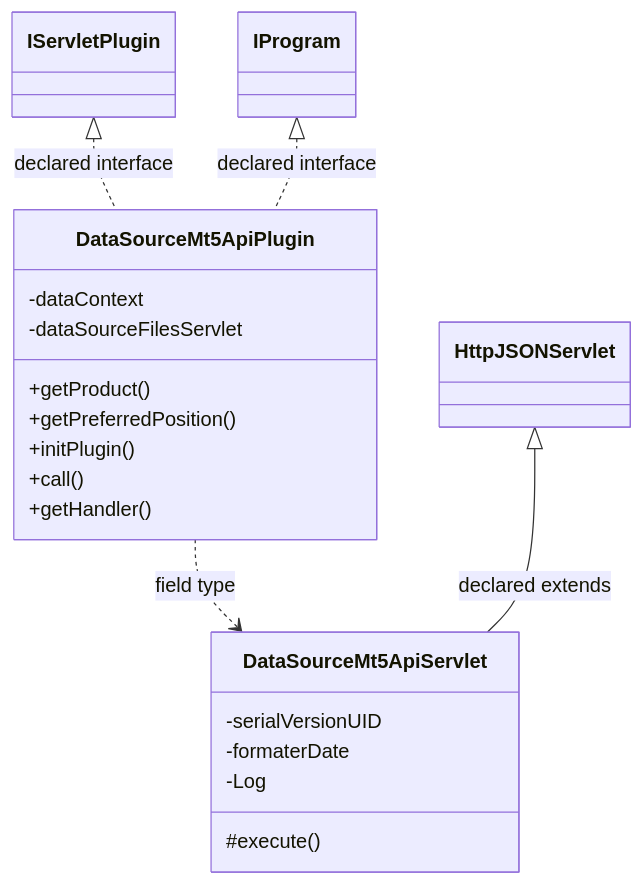
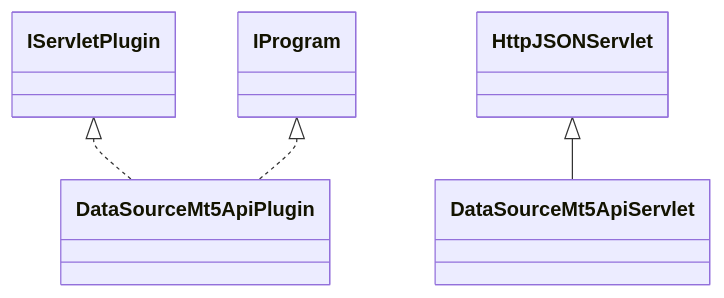
One commit to haruperi/HaruQuantAI changed the diagram in docs/sqx/DataManager/DataSourceMt5Api.md. Above: the diagram before and after it, drawn with Mermaid. The commit also changed other lines of this file and 1688 other files, not shown here.

````diff
--- a/docs/sqx/DataManager/DataSourceMt5Api.md
+++ b/docs/sqx/DataManager/DataSourceMt5Api.md
@@ -30,25 +26,11 @@
 ```mermaid
 classDiagram
-    class C972c8f4bae50["DataSourceMt5ApiPlugin"] {
-        -dataContext
-        -dataSourceFilesServlet
-        +getProduct()
-        +getPreferredPosition()
-        +initPlugin()
-        +call()
-        +getHandler()
-    }
-    class Cd6cb5a818ec8["DataSourceMt5ApiServlet"] {
-        -serialVersionUID
-        -formaterDate
-        -Log
-        #execute()
-    }
-    class C1b6b4448b67b["IProgram"]
-    class C249b5c671b1a["IServletPlugin"]
-    class C8900f90ae594["HttpJSONServlet"]
-    C249b5c671b1a <|.. C972c8f4bae50 : declared interface
-    C1b6b4448b67b <|.. C972c8f4bae50 : declared interface
-    C972c8f4bae50 ..> Cd6cb5a818ec8 : field type
-    C8900f90ae594 <|-- Cd6cb5a818ec8 : declared extends
+    class C0["DataSourceMt5ApiPlugin"]
+    class C1["DataSourceMt5ApiServlet"]
+    class E0["IServletPlugin"]
+    E0 <|.. C0
+    class E1["IProgram"]
+    E1 <|.. C0
+    class E2["HttpJSONServlet"]
+    E2 <|-- C1
 ```
````
